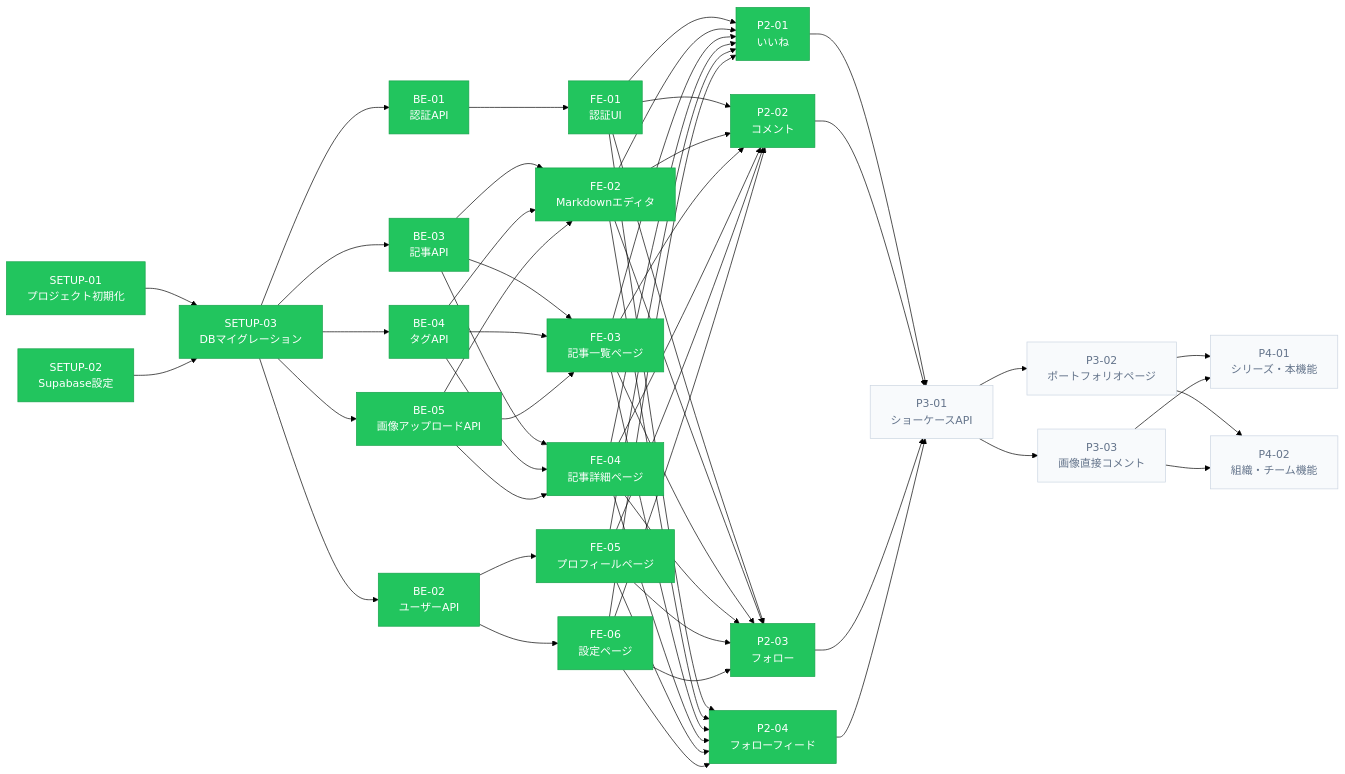
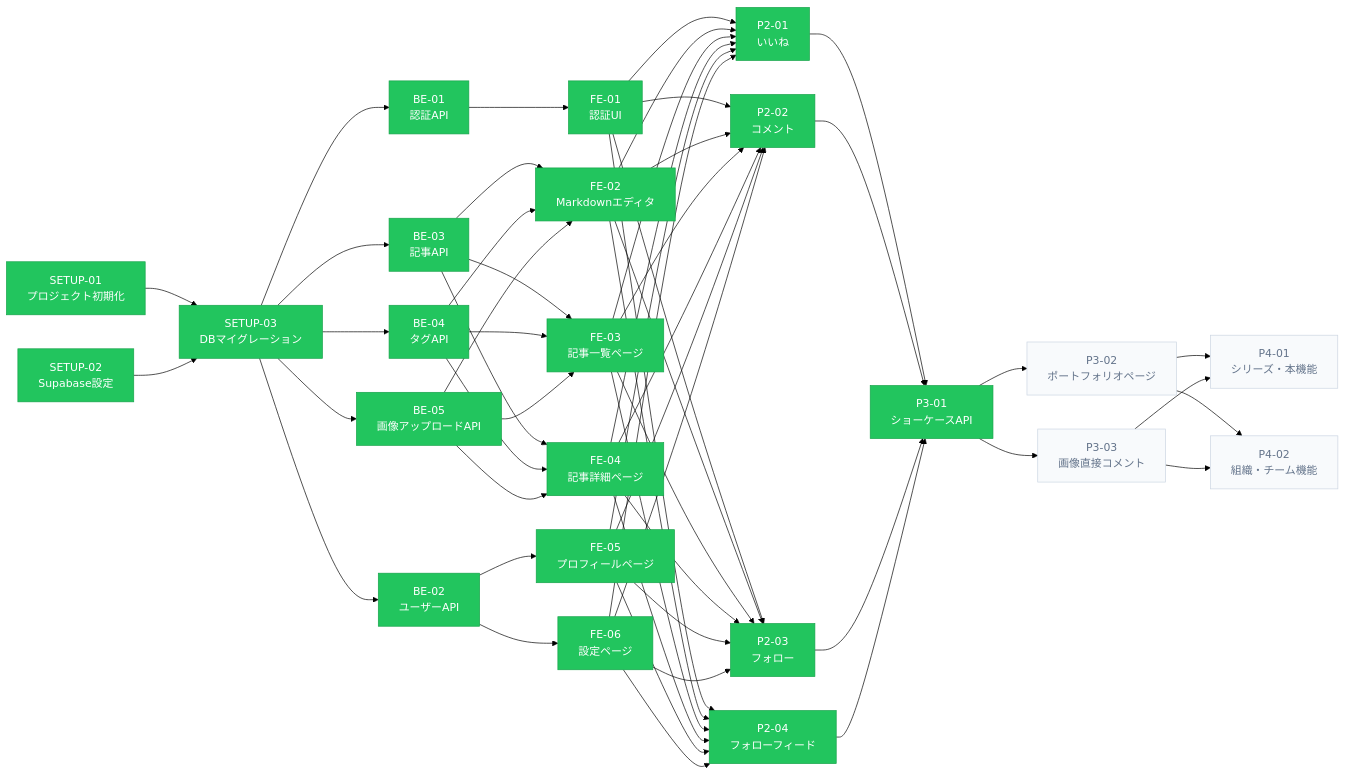
The diagram in tickets.md (eiji0573/creative-platform), drawn with Mermaid (forest theme) before and after one commit. The commit also changed other lines of this file and 7 other files, not shown here.

````diff
--- a/tickets.md
+++ b/tickets.md
@@ -5,60 +5,60 @@
 ```mermaid
 flowchart LR
     classDef done       fill:#22c55e,color:#fff,stroke:#16a34a
     classDef inProgress fill:#f59e0b,color:#fff,stroke:#d97706
     classDef pending    fill:#f8fafc,color:#64748b,stroke:#cbd5e1
 
     SETUP-01["SETUP-01\nプロジェクト初期化"]
     SETUP-02["SETUP-02\nSupabase設定"]
     SETUP-03["SETUP-03\nDBマイグレーション"]
 
     BE-01["BE-01\n認証API"]
     FE-01["FE-01\n認証UI"]
 
     BE-03["BE-03\n記事API"]
     BE-04["BE-04\nタグAPI"]
     BE-05["BE-05\n画像アップロードAPI"]
     FE-02["FE-02\nMarkdownエディタ"]
     FE-03["FE-03\n記事一覧ページ"]
     FE-04["FE-04\n記事詳細ページ"]
 
     BE-02["BE-02\nユーザーAPI"]
     FE-05["FE-05\nプロフィールページ"]
     FE-06["FE-06\n設定ページ"]
 
     P2-01["P2-01\nいいね"]
     P2-02["P2-02\nコメント"]
     P2-03["P2-03\nフォロー"]
     P2-04["P2-04\nフォローフィード"]
 
     P3-01["P3-01\nショーケースAPI"]
     P3-02["P3-02\nポートフォリオページ"]
     P3-03["P3-03\n画像直接コメント"]
 
     P4-01["P4-01\nシリーズ・本機能"]
     P4-02["P4-02\n組織・チーム機能"]
 
     %% ステップ0
     SETUP-01 --> SETUP-03
     SETUP-02 --> SETUP-03
 
     %% ステップ1（3ストリーム並行）
     SETUP-03 --> BE-01 --> FE-01
     SETUP-03 --> BE-03 & BE-04 & BE-05
     BE-03 & BE-04 & BE-05 --> FE-02 & FE-03 & FE-04
     SETUP-03 --> BE-02 --> FE-05 & FE-06
 
     %% ステップ2（Phase 2並行）
     FE-01 & FE-02 & FE-03 & FE-04 & FE-05 & FE-06 --> P2-01 & P2-02 & P2-03 & P2-04
 
     %% ステップ3（Phase 3）
     P2-01 & P2-02 & P2-03 & P2-04 --> P3-01
     P3-01 --> P3-02 & P3-03
 
     %% ステップ4（Phase 4）
     P3-02 & P3-03 --> P4-01 & P4-02
 
     %% ステータス色（進捗ボードと同期して更新）
-    class SETUP-01,SETUP-02,SETUP-03,BE-01,BE-02,BE-03,BE-04,BE-05,FE-01,FE-02,FE-03,FE-04,FE-05,FE-06,P2-01,P2-02,P2-03,P2-04 done
-    class P3-01,P3-02,P3-03,P4-01,P4-02 pending
+    class SETUP-01,SETUP-02,SETUP-03,BE-01,BE-02,BE-03,BE-04,BE-05,FE-01,FE-02,FE-03,FE-04,FE-05,FE-06,P2-01,P2-02,P2-03,P2-04,P3-01 done
+    class P3-02,P3-03,P4-01,P4-02 pending
 ```
````
